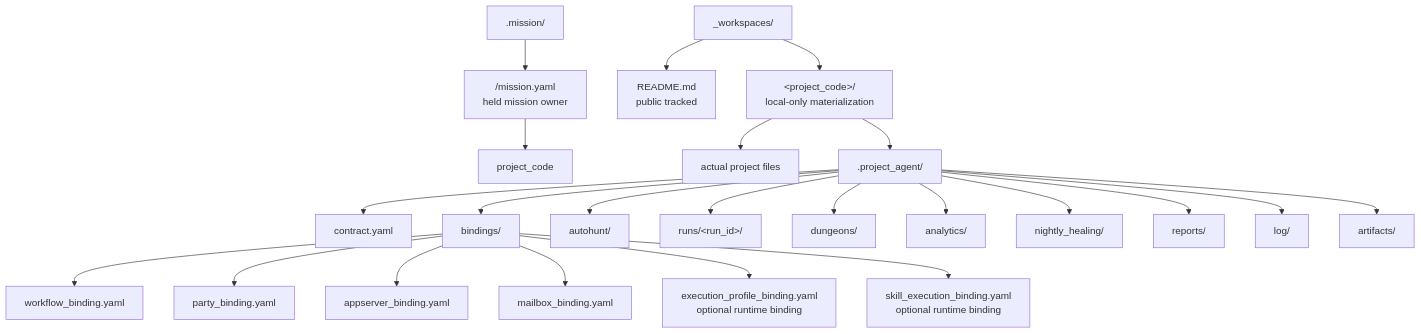
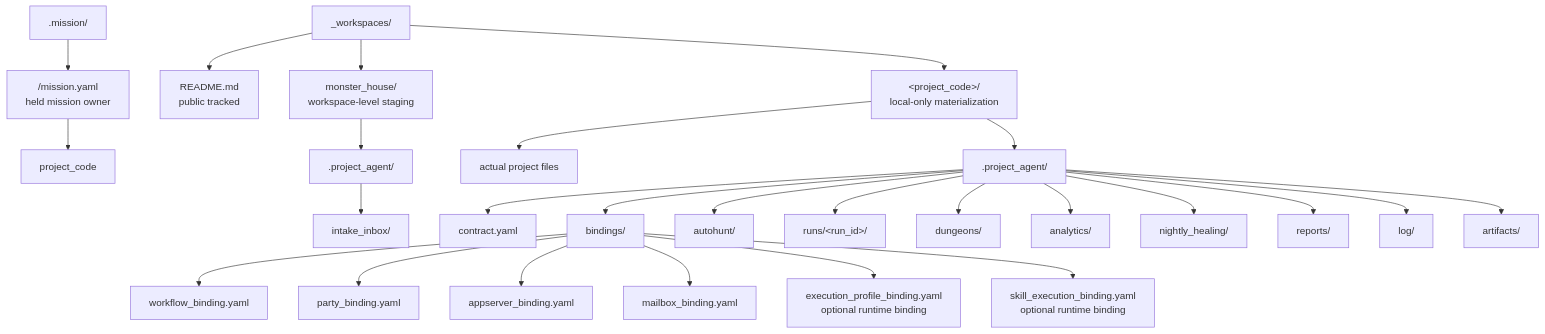
Before and after one commit to SungYongMOON/soulforge: the diagram in docs/architecture/workspace/WORKSPACE_PROJECT_MODEL.md, drawn with Mermaid. The commit also changed other lines of this file and 10 other files, not shown here.

Commit message:
feat: monster_house 인테이크와 배치 로그 구조 추가

````diff
--- a/docs/architecture/workspace/WORKSPACE_PROJECT_MODEL.md
+++ b/docs/architecture/workspace/WORKSPACE_PROJECT_MODEL.md
@@ -12,25 +13,28 @@
 ```mermaid
 flowchart TD
   MI[".mission/"] --> MP["<mission_id>/mission.yaml<br/>held mission owner"]
   MP --> PJ["project_code"]
   W["_workspaces/"] --> R["README.md<br/>public tracked"]
+  W --> MH["monster_house/<br/>workspace-level staging"]
   W --> P["&lt;project_code&gt;/<br/>local-only materialization"]
+  MH --> MPA[".project_agent/"]
+  MPA --> MIH["intake_inbox/"]
   P --> F["actual project files"]
   P --> PA[".project_agent/"]
   PA --> C["contract.yaml"]
   PA --> B["bindings/"]
   PA --> AH["autohunt/"]
   B --> WB["workflow_binding.yaml"]
   B --> PB["party_binding.yaml"]
   B --> AB["appserver_binding.yaml"]
   B --> MB["mailbox_binding.yaml"]
   B --> EP["execution_profile_binding.yaml<br/>optional runtime binding"]
   B --> SB["skill_execution_binding.yaml<br/>optional runtime binding"]
   PA --> RUN["runs/&lt;run_id&gt;/"]
   PA --> D["dungeons/"]
   PA --> A["analytics/"]
   PA --> N["nightly_healing/"]
   PA --> RP["reports/"]
   PA --> LOG["log/"]
   PA --> AR["artifacts/"]
 ```
````
